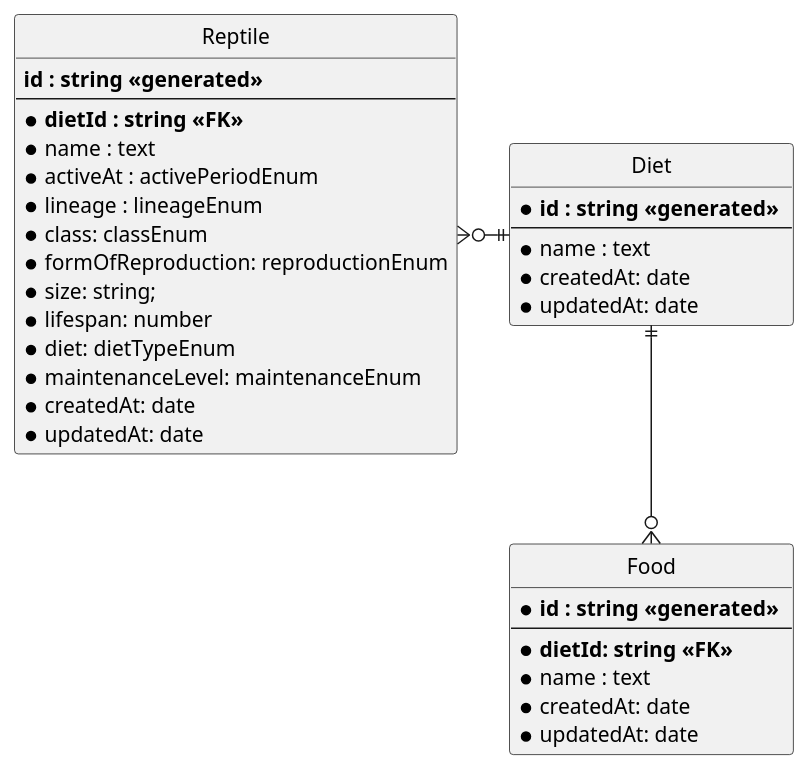
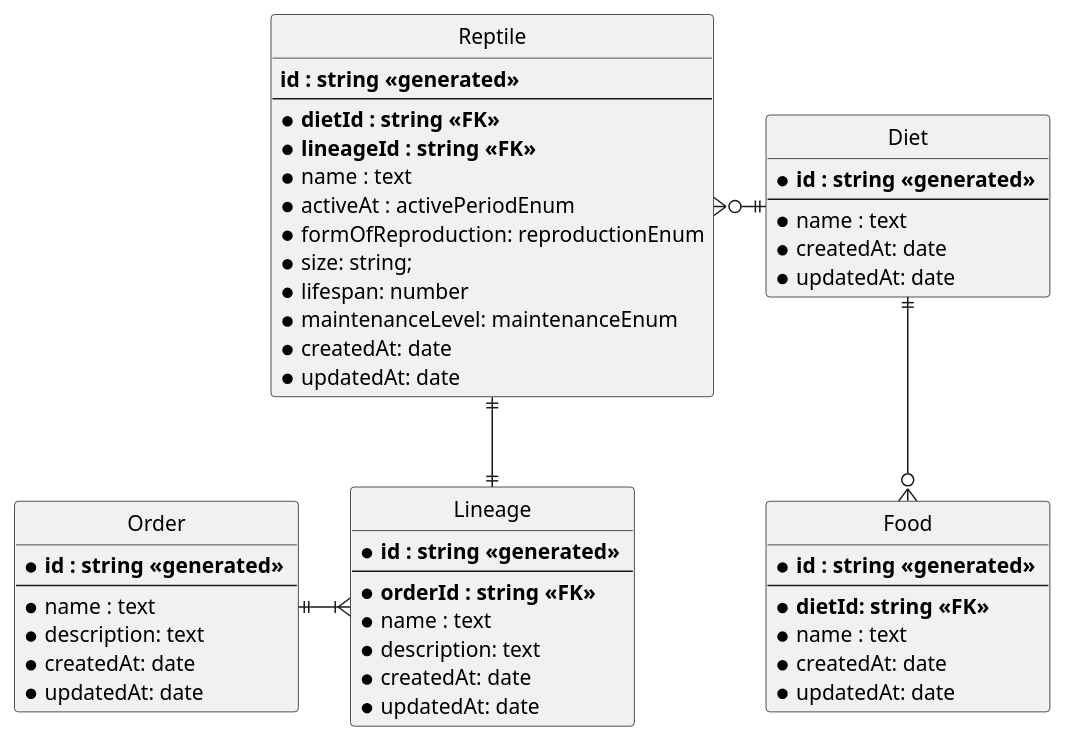
The diagram in docs/rep-match-ER.plantuml (fernandamst/nestjs-test), drawn with PlantUML before and after one commit. The commit also changed 1 other file, not shown here.

Commit message:
[DOC] update ER diagram with order/lineage tables

```diff
--- a/docs/rep-match-ER.plantuml
+++ b/docs/rep-match-ER.plantuml
@@ -1,45 +1,62 @@
 @startuml
 
 hide circle
 skinparam linetype ortho
 
 entity "Reptile" as reptile {
   **id : string <<generated>> **
   --
   * **dietId : string <<FK>>**
+  * **lineageId : string <<FK>>**
   *name : text
   *activeAt : activePeriodEnum
-  *lineage : lineageEnum
-  *class: classEnum
   *formOfReproduction: reproductionEnum
   *size: string;
   *lifespan: number
-  *diet: dietTypeEnum
   *maintenanceLevel: maintenanceEnum
   *createdAt: date
   *updatedAt: date
 }
 
+entity "Order" as order {
+  * **id : string <<generated>> **
+  --
+  *name : text
+  *description: text
+  *createdAt: date
+  *updatedAt: date
+}
 
+entity "Lineage" as lineage {
+  * **id : string <<generated>> **
+  --
+  * **orderId : string <<FK>> **
+  *name : text
+  *description: text
+  *createdAt: date
+  *updatedAt: date
+}
 
 entity "Diet" as diet {
   * **id : string <<generated>> **
   --
   *name : text
   *createdAt: date
   *updatedAt: date
 }
 
 entity "Food" as food {
   * **id : string <<generated>> **
   --
   * **dietId: string <<FK>>**
   *name : text
   *createdAt: date
   *updatedAt: date
 }
 
-reptile }o-||diet
+reptile }o-|| diet
+reptile ||--|| lineage
+order ||-|{ lineage
 diet ||--o{ food
 
 @enduml
```
